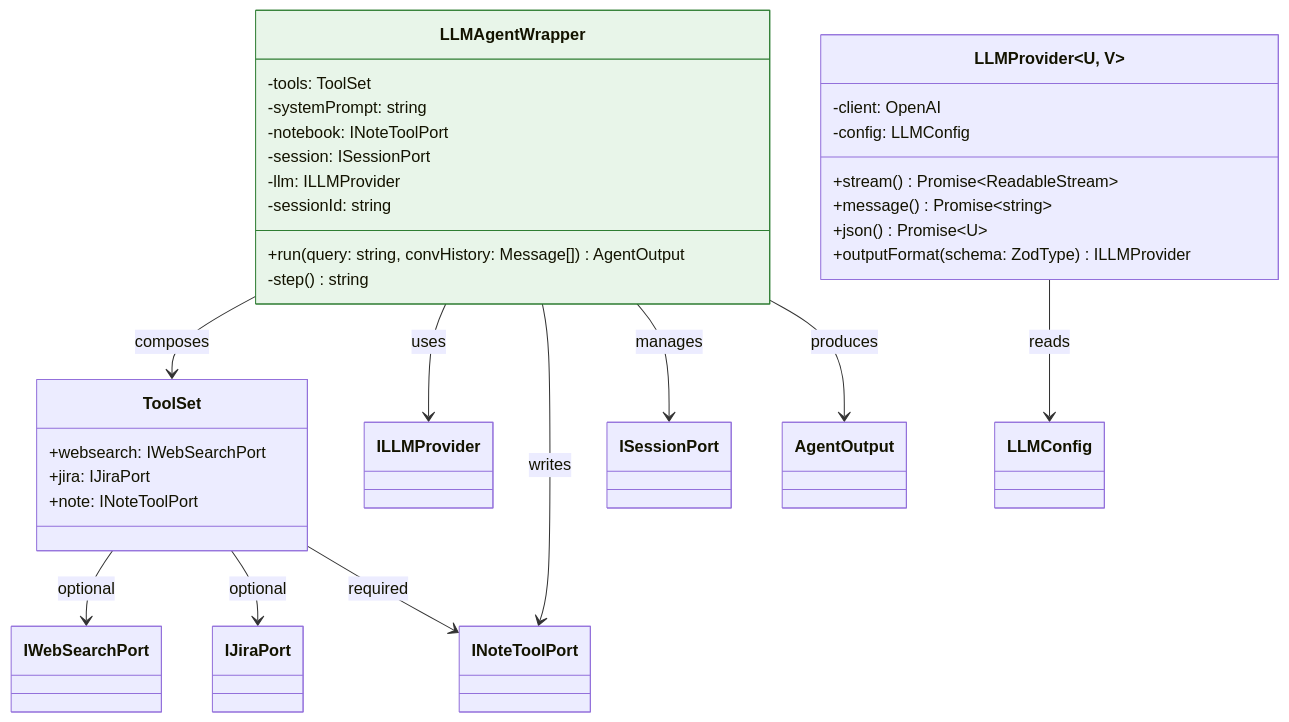
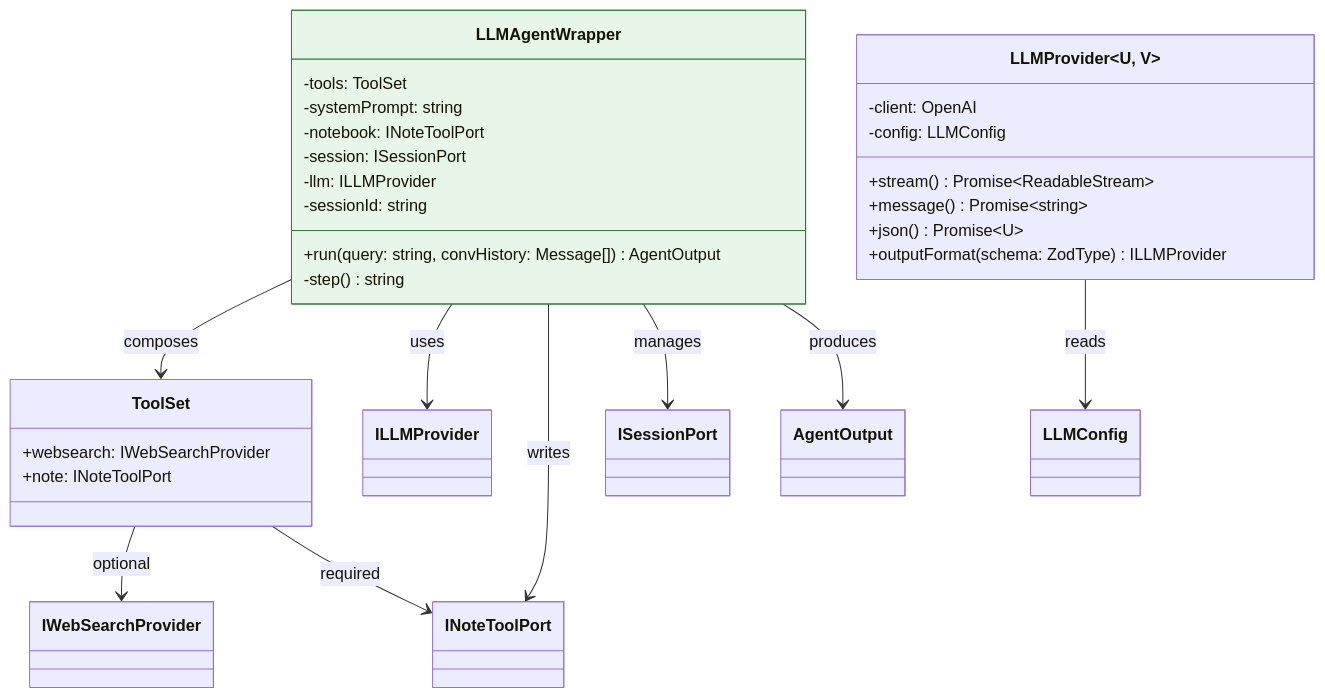
Before and after one commit to Glitch-guy0/self-consistency-research-agent: the third of 5 diagrams in _bmad-output/planning-artifacts/class-diagram.md, drawn with Mermaid. The commit also changed other lines of this file and 7 other files, not shown here.

Commit message:
plan: uml approved and validated

````diff
--- a/_bmad-output/planning-artifacts/class-diagram.md
+++ b/_bmad-output/planning-artifacts/class-diagram.md
@@ -179,42 +166,40 @@
 ```mermaid
 classDiagram
     class LLMAgentWrapper {
         -tools: ToolSet
         -systemPrompt: string
         -notebook: INoteToolPort
         -session: ISessionPort
         -llm: ILLMProvider
         -sessionId: string
         +run(query: string, convHistory: Message[]) AgentOutput
         -step() string
     }
 
     class ToolSet {
-        +websearch: IWebSearchPort
-        +jira: IJiraPort
+        +websearch: IWebSearchProvider
         +note: INoteToolPort
     }
 
     class LLMProvider~U, V~ {
         -client: OpenAI
         -config: LLMConfig
         +stream() Promise~ReadableStream~
         +message() Promise~string~
         +json() Promise~U~
         +outputFormat(schema: ZodType) ILLMProvider
     }
 
     LLMAgentWrapper --> ToolSet : composes
     LLMAgentWrapper --> ILLMProvider : uses
     LLMAgentWrapper --> INoteToolPort : writes
     LLMAgentWrapper --> ISessionPort : manages
     LLMAgentWrapper --> AgentOutput : produces
 
-    ToolSet --> IWebSearchPort : optional
-    ToolSet --> IJiraPort : optional
+    ToolSet --> IWebSearchProvider : optional
     ToolSet --> INoteToolPort : required
 
     LLMProvider --> LLMConfig : reads
 
     style LLMAgentWrapper fill:#e8f5e9,stroke:#2e7d32
 ```
````
